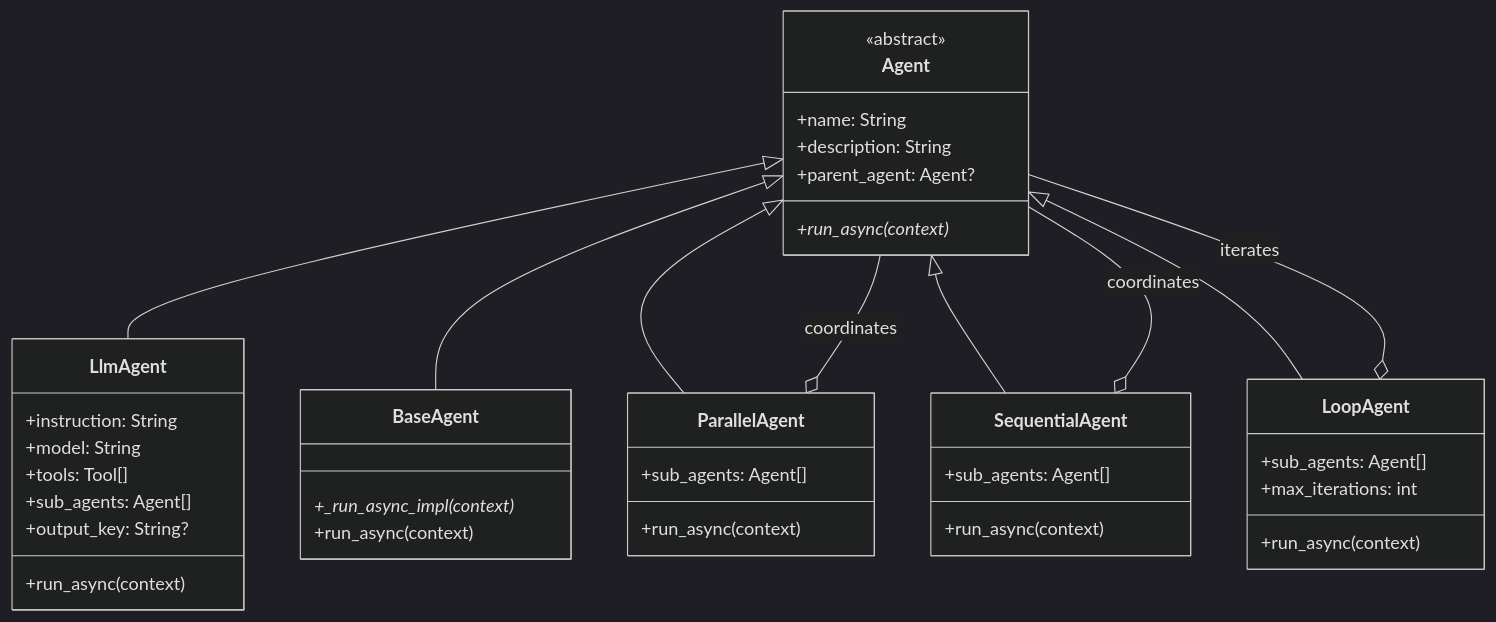
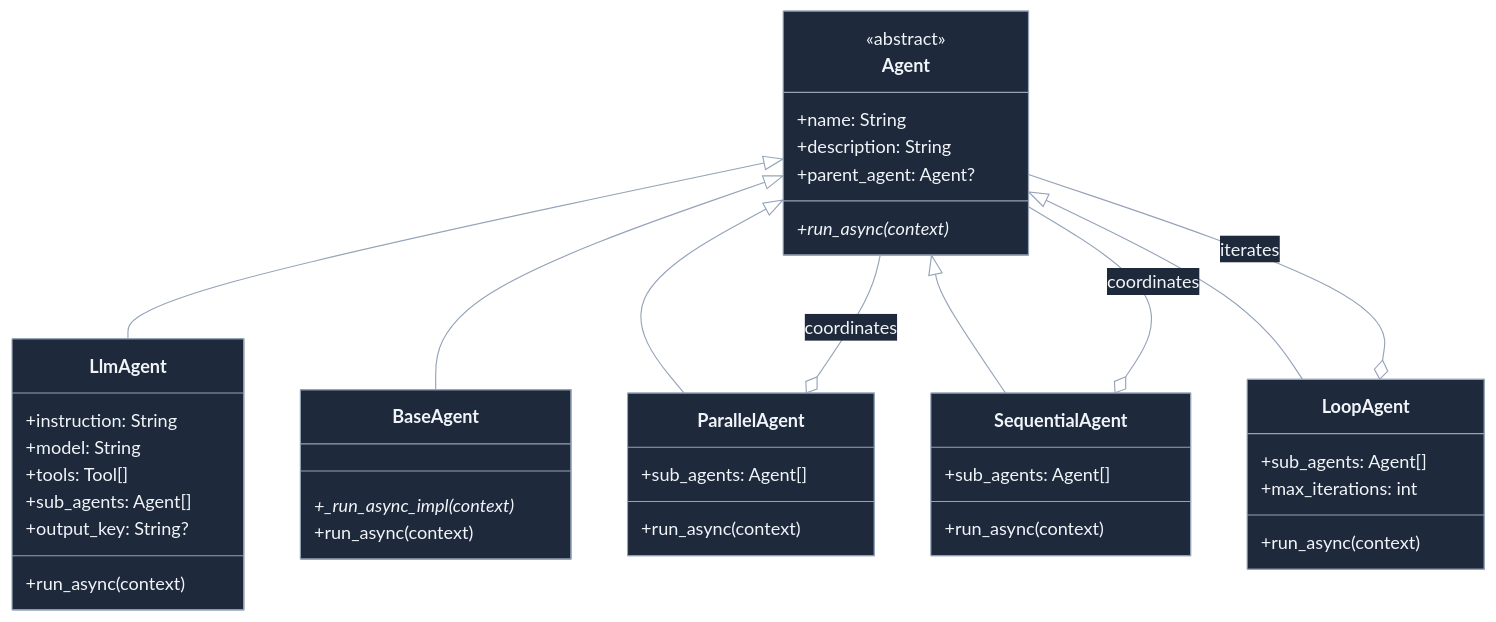
The fourth of 37 diagrams in docs/10_UNIFIED_THEORY.md (xkrajnan/Agentic_Design_Patterns), drawn with Mermaid before and after one commit. The commit also changed other lines of this file, not shown here.

First line of the commit message:
Fix Mermaid diagram contrast for PyCharm dark mode with custom colors

````diff
--- a/docs/10_UNIFIED_THEORY.md
+++ b/docs/10_UNIFIED_THEORY.md
@@ -235,51 +235,51 @@
 ```mermaid
-%%{init: {'theme':'dark'}}%%
+%%{init: {'theme':'base','themeVariables':{'primaryColor':'#3b82f6','primaryTextColor':'#ffffff','primaryBorderColor':'#60a5fa','lineColor':'#94a3b8','secondaryColor':'#1e293b','tertiaryColor':'#0f172a','background':'#0f172a','mainBkg':'#1e293b','secondaryBkg':'#334155','tertiaryBkg':'#475569','textColor':'#f1f5f9','border1':'#64748b','border2':'#475569','nodeBorder':'#94a3b8','clusterBkg':'#1e293b','clusterBorder':'#64748b','titleColor':'#ffffff','edgeLabelBackground':'#1e293b','edgeLabelText':'#f1f5f9'}}}%%
 classDiagram
     class Agent {
         <<abstract>>
         +name: String
         +description: String
         +parent_agent: Agent?
         +run_async(context)*
     }
 
     class LlmAgent {
         +instruction: String
         +model: String
         +tools: Tool[]
         +sub_agents: Agent[]
         +output_key: String?
         +run_async(context)
     }
 
     class BaseAgent {
         +_run_async_impl(context)*
         +run_async(context)
     }
 
     class ParallelAgent {
         +sub_agents: Agent[]
         +run_async(context)
     }
 
     class SequentialAgent {
         +sub_agents: Agent[]
         +run_async(context)
     }
 
     class LoopAgent {
         +sub_agents: Agent[]
         +max_iterations: int
         +run_async(context)
     }
 
     Agent <|-- LlmAgent
     Agent <|-- BaseAgent
     Agent <|-- ParallelAgent
     Agent <|-- SequentialAgent
     Agent <|-- LoopAgent
 
     ParallelAgent o-- Agent: coordinates
     SequentialAgent o-- Agent: coordinates
     LoopAgent o-- Agent: iterates
 ```
````
